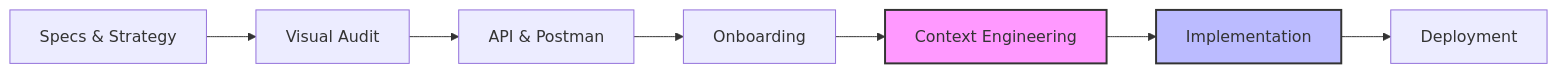
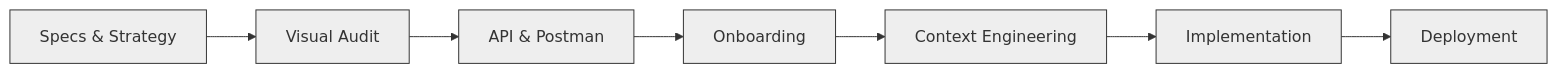
The first of 2 diagrams in README.md (RomeoCavazza/dashboard), drawn with Mermaid before and after one commit.

Commit message:
docs: unify mermaid box colors to gray and finalize header flow

````diff
--- a/README.md
+++ b/README.md
@@ -36,12 +36,17 @@
 ```mermaid
 graph LR
     A[Specs & Strategy] --> B[Visual Audit]
     B --> C[API & Postman]
     C --> D[Onboarding]
     D --> E[Context Engineering]
     E --> F[Implementation]
     F --> G[Deployment]
     
-    style E fill:#f9f,stroke:#333,stroke-width:2px
-    style F fill:#bbf,stroke:#333,stroke-width:2px
+    style A fill:#eee,stroke:#333,stroke-width:1px
+    style B fill:#eee,stroke:#333,stroke-width:1px
+    style C fill:#eee,stroke:#333,stroke-width:1px
+    style D fill:#eee,stroke:#333,stroke-width:1px
+    style E fill:#eee,stroke:#333,stroke-width:1px
+    style F fill:#eee,stroke:#333,stroke-width:1px
+    style G fill:#eee,stroke:#333,stroke-width:1px
 ```
````
